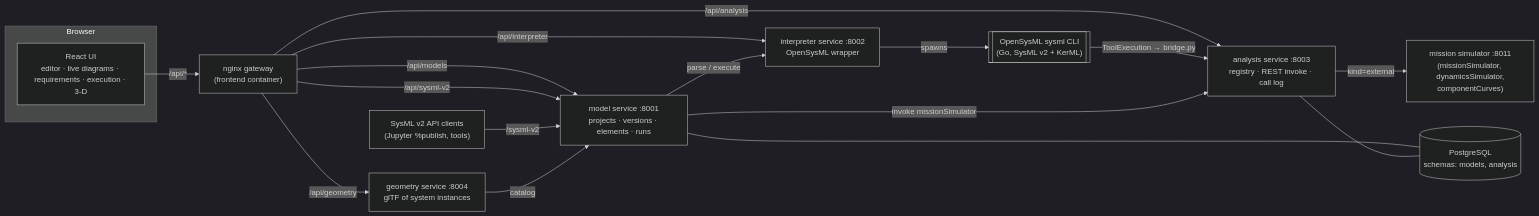
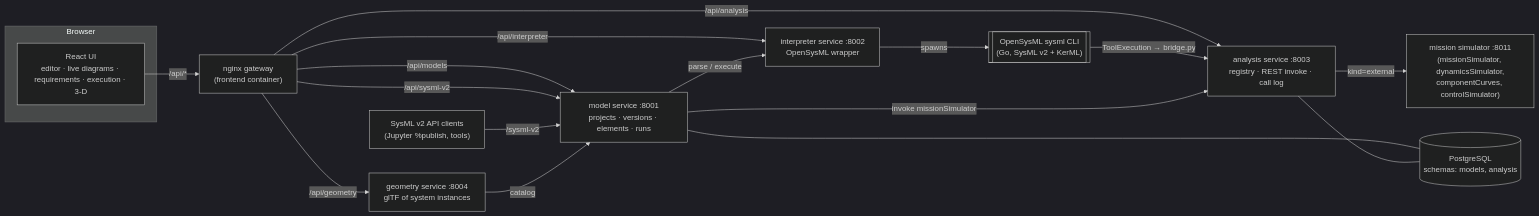
One commit to jaydeanmartin/sysml changed the diagram in README.md. Above: the diagram before and after it, drawn with Mermaid (dark theme). The commit also changed other lines of this file and 25 other files, not shown here.

````diff
--- a/README.md
+++ b/README.md
@@ -5,21 +5,21 @@
 ```mermaid
 flowchart LR
   subgraph Browser
     UI["React UI<br/>editor · live diagrams · requirements · execution · 3-D"]
   end
   UI -->|/api/*| GW["nginx gateway<br/>(frontend container)"]
   GW -->|/api/models| MS["model service :8001<br/>projects · versions · elements · runs"]
   GW -->|/api/sysml-v2| MS
   CL["SysML v2 API clients<br/>(Jupyter %publish, tools)"] -->|/sysml-v2| MS
   GW -->|/api/analysis| AS["analysis service :8003<br/>registry · REST invoke · call log"]
   GW -->|/api/interpreter| IS["interpreter service :8002<br/>OpenSysML wrapper"]
   GW -->|/api/geometry| GS["geometry service :8004<br/>glTF of system instances"]
   GS -->|catalog| MS
   MS -->|parse / execute| IS
   IS -->|spawns| OS[["OpenSysML sysml CLI<br/>(Go, SysML v2 + KerML)"]]
   OS -->|ToolExecution → bridge.py| AS
-  AS -->|kind=external| SIM["mission simulator :8011<br/>(missionSimulator, dynamicsSimulator,<br/>componentCurves)"]
+  AS -->|kind=external| SIM["mission simulator :8011<br/>(missionSimulator, dynamicsSimulator,<br/>componentCurves, controlSimulator)"]
   MS -->|invoke missionSimulator| AS
   MS --- PG[(PostgreSQL<br/>schemas: models, analysis)]
   AS --- PG
 ```
````
